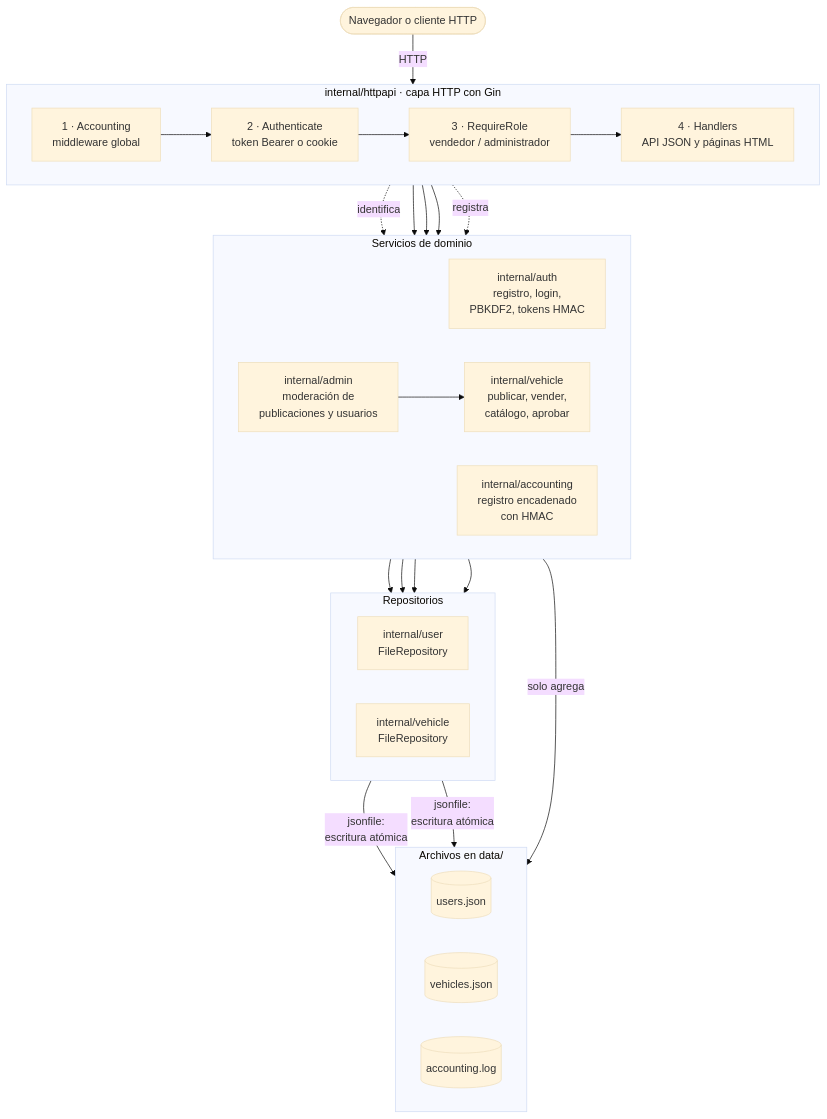
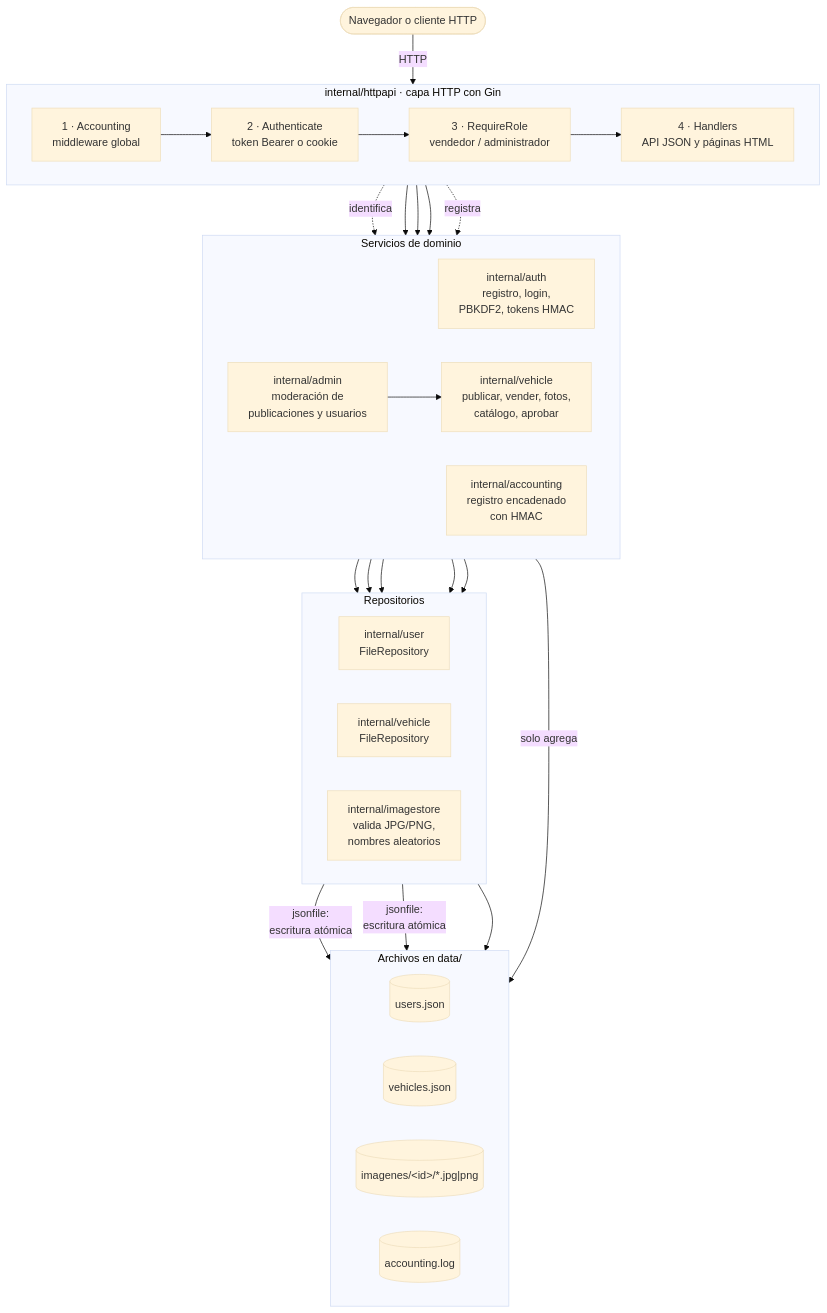
One commit to HOWARDDUVANSANCHEZGARCIA/Taller-AAA changed the diagram in docs/diagramas/estructura.mmd. Above: the diagram before and after it, drawn with Mermaid (base theme). The commit also changed 6 other files, not shown here.

First line of the commit message:
docs: fotos en guías, rutas y diagramas

```diff
--- a/docs/diagramas/estructura.mmd
+++ b/docs/diagramas/estructura.mmd
@@ -1,41 +1,45 @@
 flowchart TB
     cliente(["Navegador o cliente HTTP"])
 
     subgraph http["internal/httpapi · capa HTTP con Gin"]
         direction LR
         m1["1 · Accounting<br/>middleware global"] --> m2["2 · Authenticate<br/>token Bearer o cookie"] --> m3["3 · RequireRole<br/>vendedor / administrador"] --> m4["4 · Handlers<br/>API JSON y páginas HTML"]
     end
 
     subgraph servicios["Servicios de dominio"]
         direction LR
         auth["internal/auth<br/>registro, login,<br/>PBKDF2, tokens HMAC"]
-        vehicle["internal/vehicle<br/>publicar, vender,<br/>catálogo, aprobar"]
+        vehicle["internal/vehicle<br/>publicar, vender, fotos,<br/>catálogo, aprobar"]
         admin["internal/admin<br/>moderación de<br/>publicaciones y usuarios"]
         accounting["internal/accounting<br/>registro encadenado<br/>con HMAC"]
     end
 
     subgraph repos["Repositorios"]
         direction LR
         urepo["internal/user<br/>FileRepository"]
         vrepo["internal/vehicle<br/>FileRepository"]
+        istore["internal/imagestore<br/>valida JPG/PNG,<br/>nombres aleatorios"]
     end
 
     subgraph archivos["Archivos en data/"]
         direction LR
         f1[("users.json")]
         f2[("vehicles.json")]
+        f4[("imagenes/&lt;id&gt;/*.jpg|png")]
         f3[("accounting.log")]
     end
 
     cliente -- HTTP --> m1
     m2 -. identifica .-> auth
     m4 --> auth & vehicle & admin
     m1 -. registra .-> accounting
     admin --> vehicle
     auth --> urepo
     vehicle --> urepo
     vehicle --> vrepo
+    vehicle --> istore
     admin --> urepo
     urepo -- "jsonfile:<br/>escritura atómica" --> f1
     vrepo -- "jsonfile:<br/>escritura atómica" --> f2
+    istore --> f4
     accounting -- "solo agrega" --> f3
```
